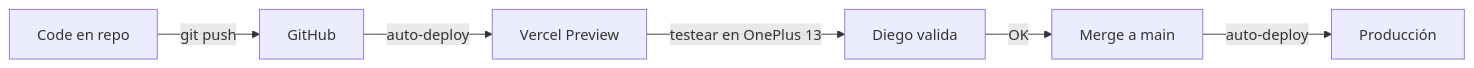
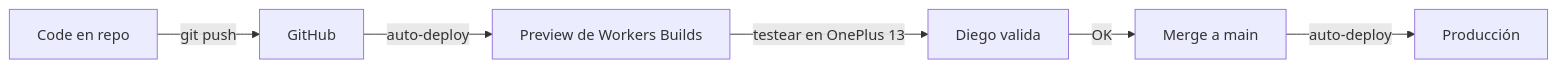
One commit to falopass/s-tialo changed the diagram in PROXIMOS_PASOS.md. Above: the diagram before and after it, drawn with Mermaid. The commit also changed other lines of this file and 6 other files, not shown here.

First line of the commit message:
docs: reemplazar referencias a Vercel por Cloudflare Workers

````diff
--- a/PROXIMOS_PASOS.md
+++ b/PROXIMOS_PASOS.md
@@ -196,8 +197,8 @@
 ```mermaid
 graph LR
     A[Code en repo] -->|git push| B[GitHub]
-    B -->|auto-deploy| C[Vercel Preview]
+    B -->|auto-deploy| C[Preview de Workers Builds]
     C -->|testear en OnePlus 13| D[Diego valida]
     D -->|OK| E[Merge a main]
     E -->|auto-deploy| F[Producción]
 ```
````
